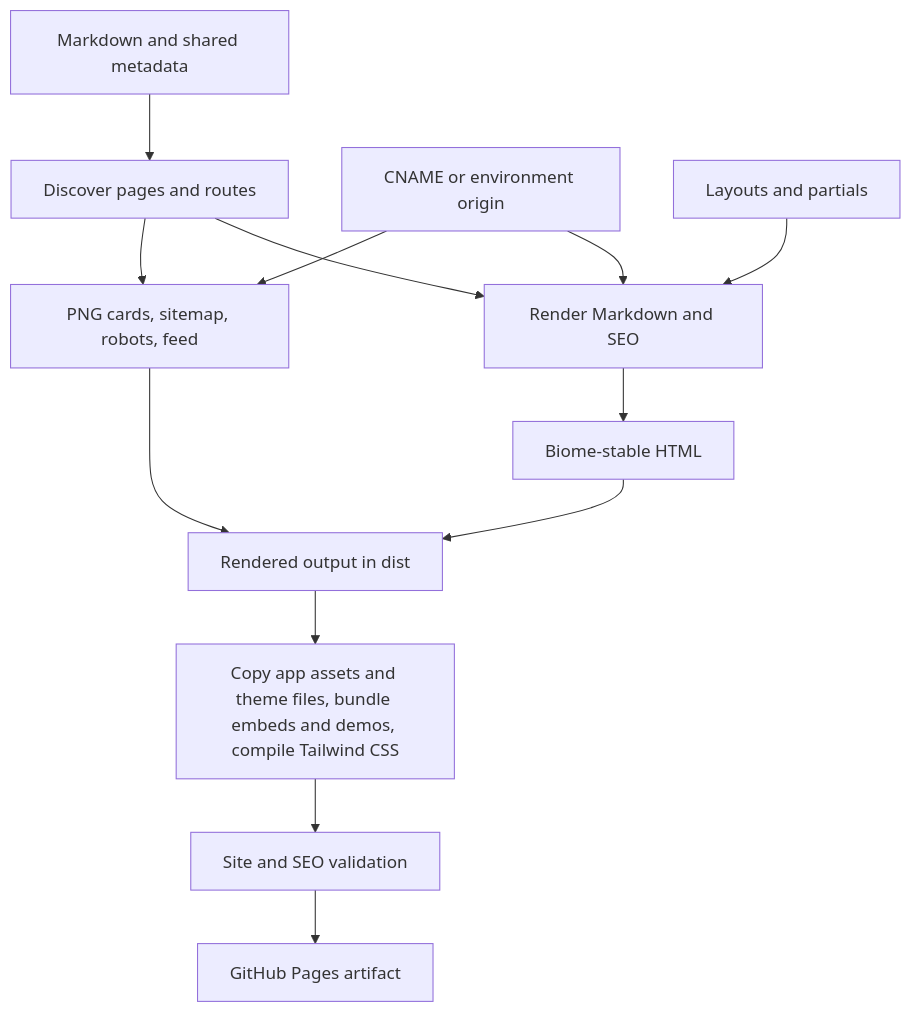
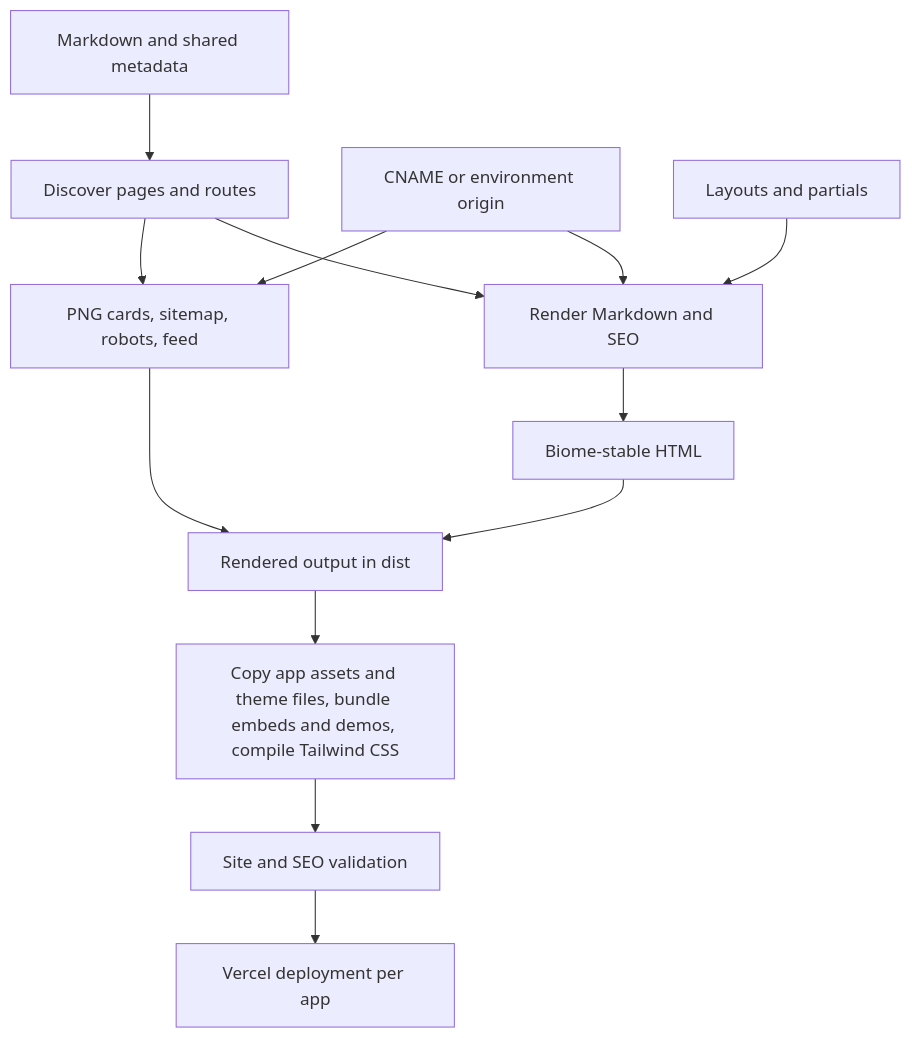
Before and after one commit to pulkitxm/pulkit.page: the diagram in docs/rendering-flow.md, drawn with Mermaid. The commit also changed other lines of this file and 8 other files, not shown here.

Commit message:
Document the Vercel deployment and domain setup

````diff
--- a/docs/rendering-flow.md
+++ b/docs/rendering-flow.md
@@ -7,15 +7,15 @@
 ```mermaid
 flowchart TD
   A[Markdown and shared metadata] --> B[Discover pages and routes]
   O[CNAME or environment origin] --> C[Render Markdown and SEO]
   B --> C
   L[Layouts and partials] --> C
   C --> D[Biome-stable HTML]
   B --> E[PNG cards, sitemap, robots, feed]
   O --> E
   D --> F[Rendered output in dist]
   E --> F
   F --> I[Copy app assets and theme files, bundle embeds and demos, compile Tailwind CSS]
   I --> J[Site and SEO validation]
-  J --> K[GitHub Pages artifact]
+  J --> K[Vercel deployment per app]
 ```
````
